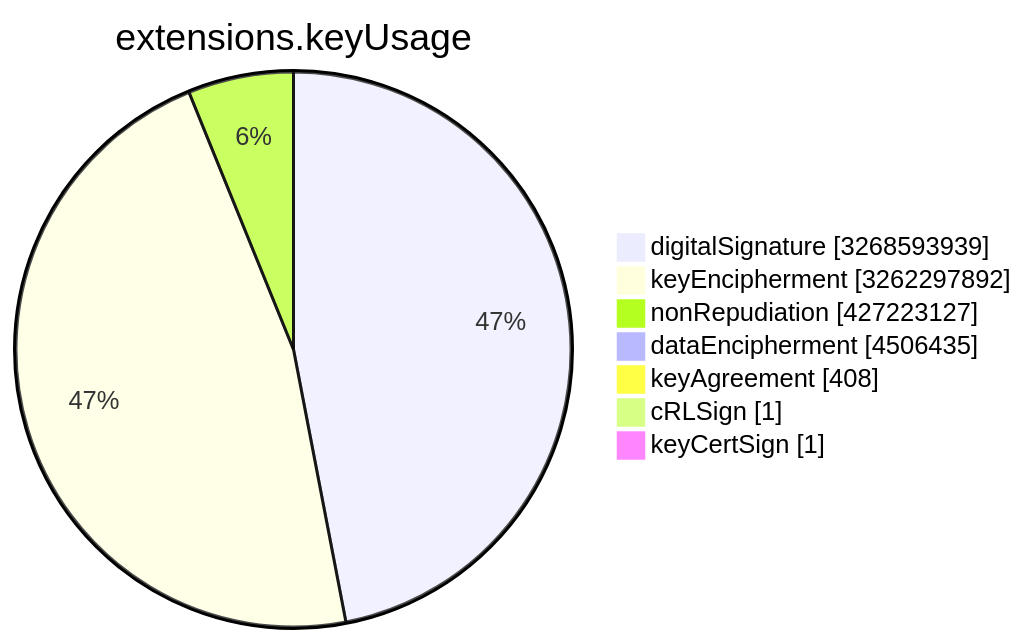
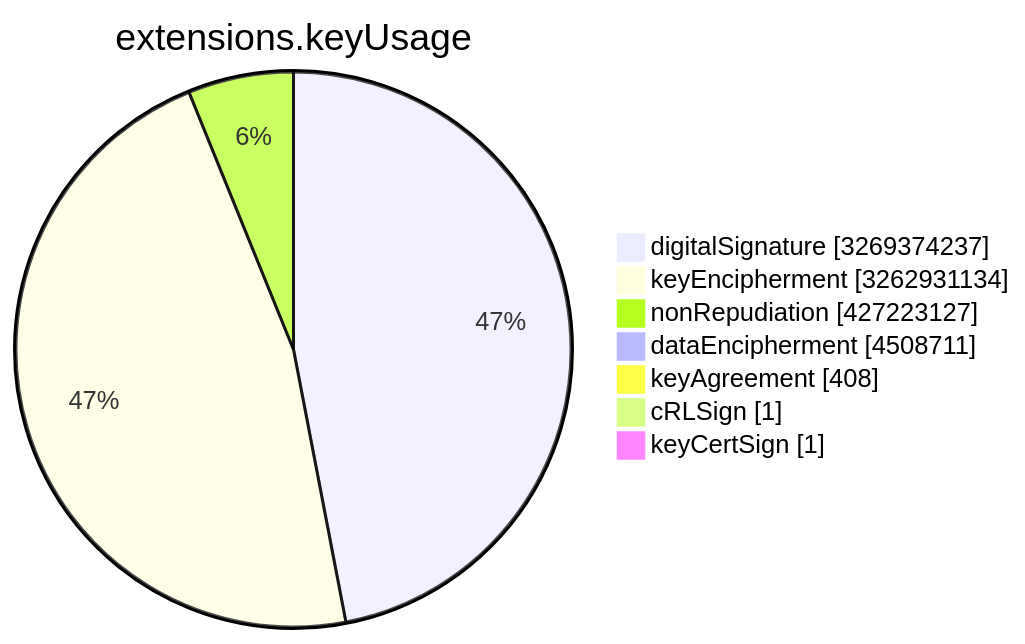
The sixth of 15 diagrams in TOTAL/README.md (christiankrug/ctmonitor_visualization), drawn with Mermaid before and after one commit. The commit also changed other lines of this file, not shown here.

````diff
--- a/TOTAL/README.md
+++ b/TOTAL/README.md
@@ -3078,11 +3078,11 @@
 ```mermaid
 pie showData
 title extensions.keyUsage
-"digitalSignature" :3268593939
-"keyEncipherment" :3262297892
+"digitalSignature" :3269374237
+"keyEncipherment" :3262931134
 "nonRepudiation" :427223127
-"dataEncipherment" :4506435
+"dataEncipherment" :4508711
 "keyAgreement" :408
 "cRLSign" :1
 "keyCertSign" :1
 ```
````
